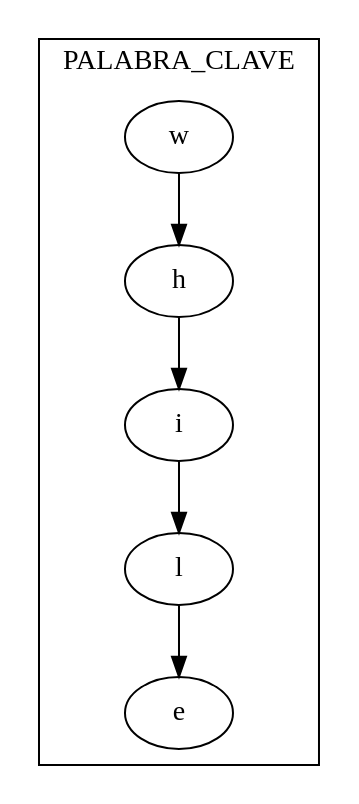
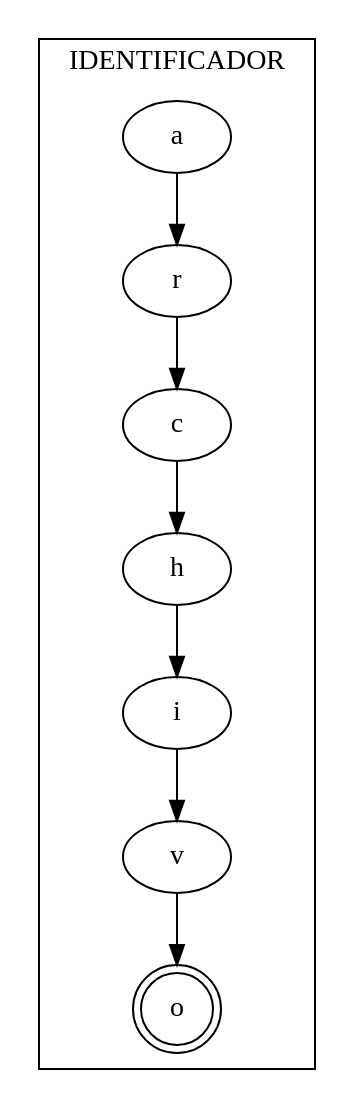
Before and after one commit to luisbaquiax/2023_Lenguajes_practica_1: the diagram in LenguajesPracticaLexico/src/example.dot, drawn with Graphviz. The commit also changed 52 other files, not shown here.

```diff
--- a/LenguajesPracticaLexico/src/example.dot
+++ b/LenguajesPracticaLexico/src/example.dot
@@ -1,8 +1,8 @@
 digraph G {
 
-  subgraph cluster_0 {
+  "o" [shape=doublecircle]  subgraph cluster_0 {
 
-"w" -> "h" -> "i" -> "l" -> "e";
-    label = "PALABRA_CLAVE";
+"a" -> "r" -> "c" -> "h" -> "i" -> "v" -> "o";
+    label = "IDENTIFICADOR";
   }
 }
```
